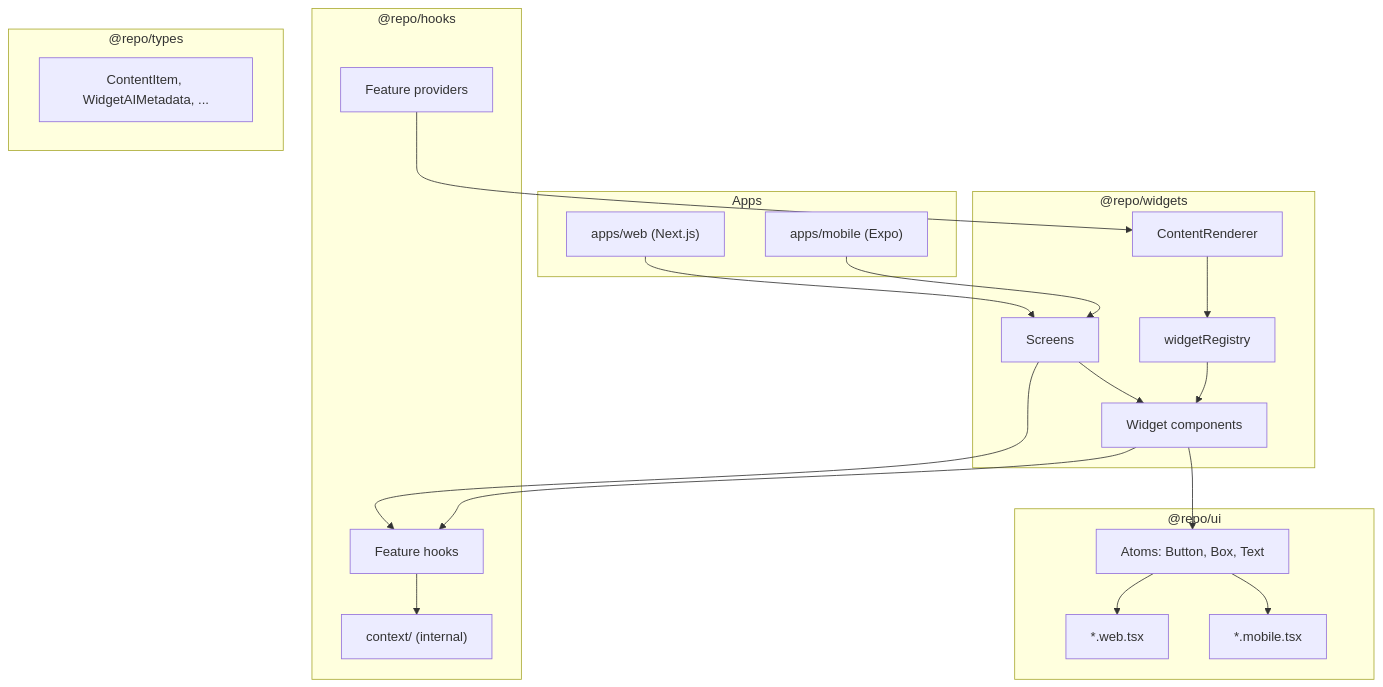
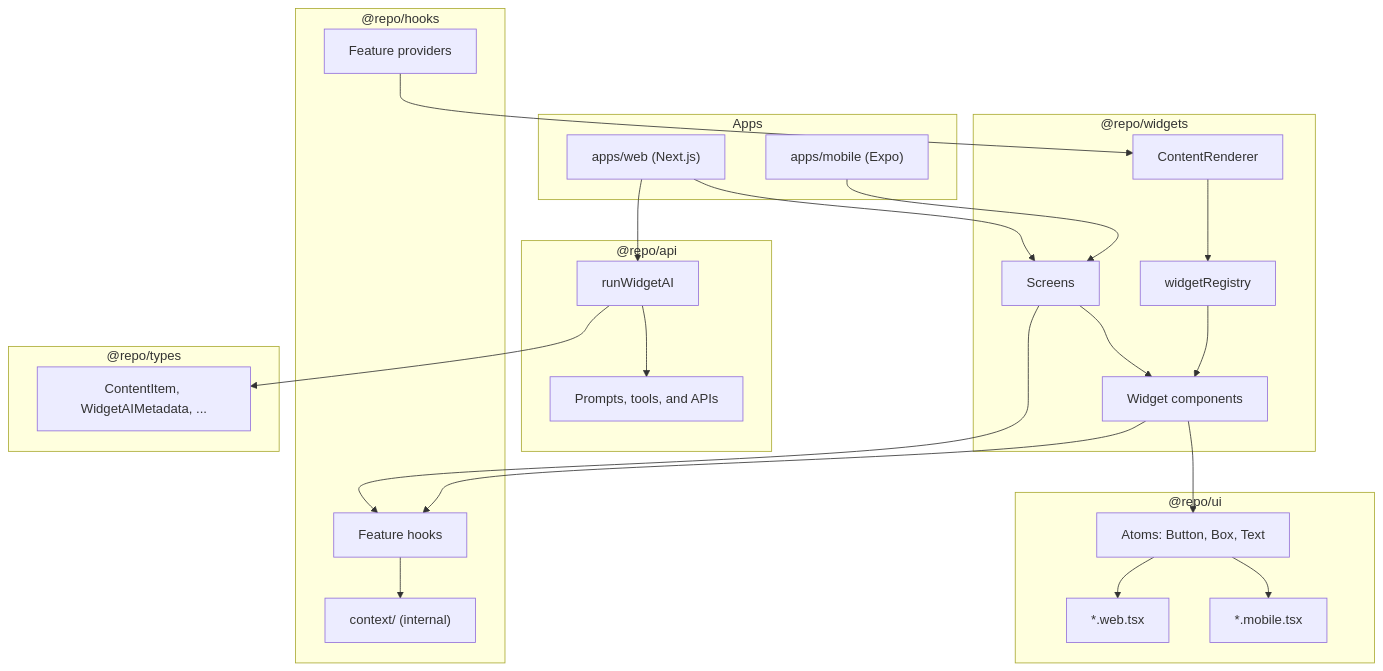
Before and after one commit to neetigyachahar/ghoomai: the first of 6 diagrams in packages/widgets/ARCHITECTURE.md, drawn with Mermaid. The commit also changed other lines of this file and 10 other files, not shown here.

Commit message:
Add @repo/api package for server-side AI orchestration and update dependencies

````diff
--- a/packages/widgets/ARCHITECTURE.md
+++ b/packages/widgets/ARCHITECTURE.md
@@ -18,43 +19,51 @@
 ```mermaid
 flowchart TB
   subgraph apps [Apps]
     Web["apps/web (Next.js)"]
     Mobile["apps/mobile (Expo)"]
   end
 
   subgraph hooksPkg ["@repo/hooks"]
     Providers[Feature providers]
     FeatureHooks[Feature hooks]
     Context["context/ (internal)"]
+  end
+
+  subgraph apiPkg ["@repo/api"]
+    RunAI[runWidgetAI]
+    ServerAPIs[Prompts, tools, and APIs]
   end
 
   subgraph widgetsPkg ["@repo/widgets"]
     Renderer[ContentRenderer]
     Registry[widgetRegistry]
     Widgets[Widget components]
     Screens[Screens]
   end
 
   subgraph typesPkg ["@repo/types"]
     Types[ContentItem, WidgetAIMetadata, ...]
   end
 
   subgraph uiPkg ["@repo/ui"]
     Atoms["Atoms: Button, Box, Text"]
     WebImpl["*.web.tsx"]
     MobileImpl["*.mobile.tsx"]
   end
 
   Web --> Screens
   Mobile --> Screens
+  Web --> RunAI
+  RunAI --> ServerAPIs
+  RunAI --> Types
   Screens --> FeatureHooks
   Screens --> Widgets
   Providers --> Renderer
   Renderer --> Registry
   Registry --> Widgets
   Widgets --> FeatureHooks
   Widgets --> Atoms
   FeatureHooks --> Context
   Atoms --> WebImpl
   Atoms --> MobileImpl
 ```
````
